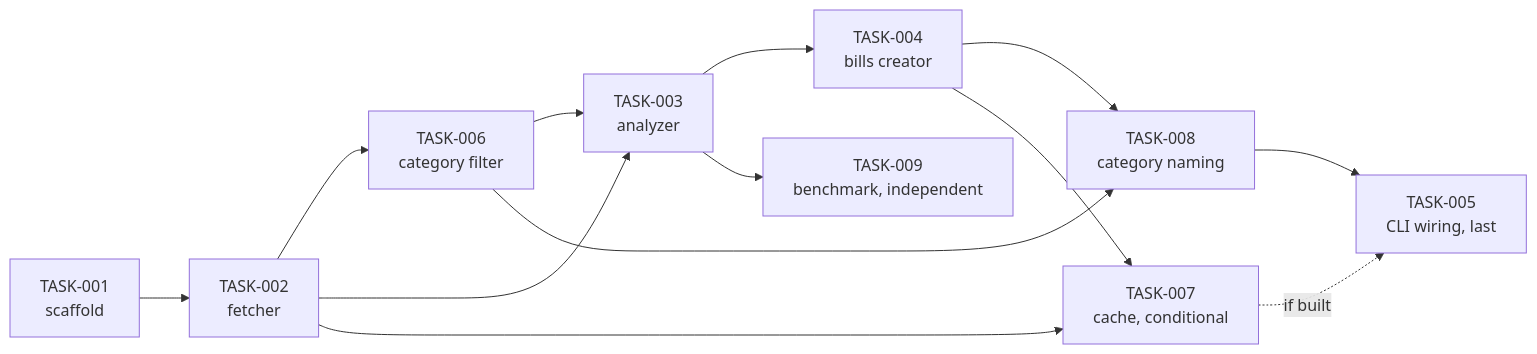
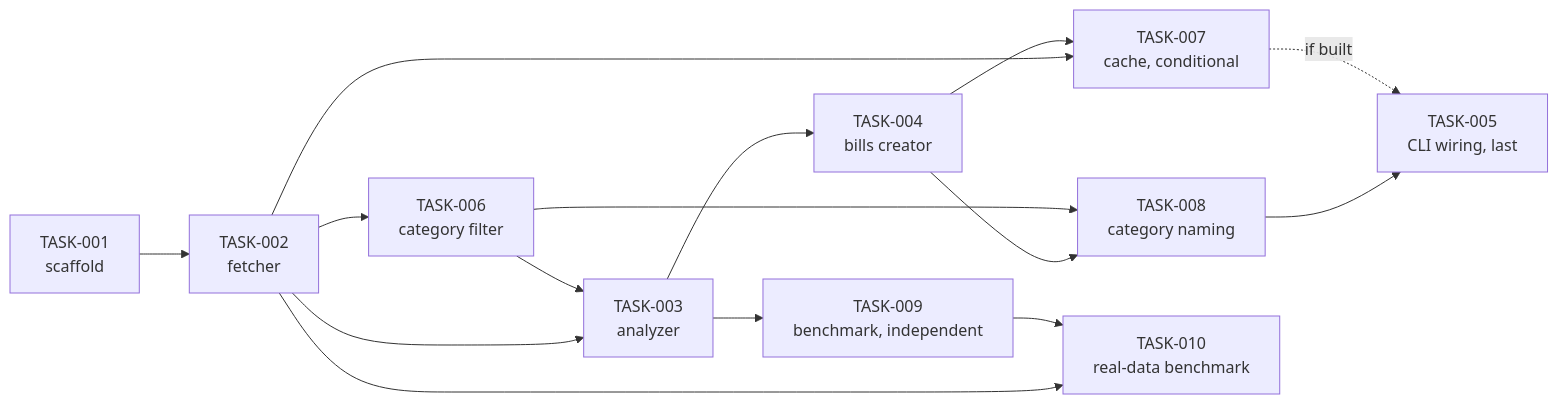
Before and after one commit to CmdrPrompt/firefly-bills-analyzer: the diagram in docs/tasks/README.md, drawn with Mermaid. The commit also changed other lines of this file and 7 other files, not shown here.

Commit message:
Add automated performance benchmark for analyzer.py and resolve NFR-05 reference volume (TASK-009) (#7)

````diff
--- a/docs/tasks/README.md
+++ b/docs/tasks/README.md
@@ -24,15 +25,17 @@
 ```mermaid
 graph LR
     T001[TASK-001<br/>scaffold] --> T002[TASK-002<br/>fetcher]
     T002 --> T006[TASK-006<br/>category filter]
     T002 --> T003[TASK-003<br/>analyzer]
     T006 --> T003
     T003 --> T004[TASK-004<br/>bills creator]
     T004 --> T008[TASK-008<br/>category naming]
     T006 --> T008
     T002 --> T007[TASK-007<br/>cache, conditional]
     T004 --> T007
     T008 --> T005[TASK-005<br/>CLI wiring, last]
     T007 -.->|if built| T005
     T003 --> T009[TASK-009<br/>benchmark, independent]
+    T002 --> T010[TASK-010<br/>real-data benchmark]
+    T009 --> T010
 ```
````
